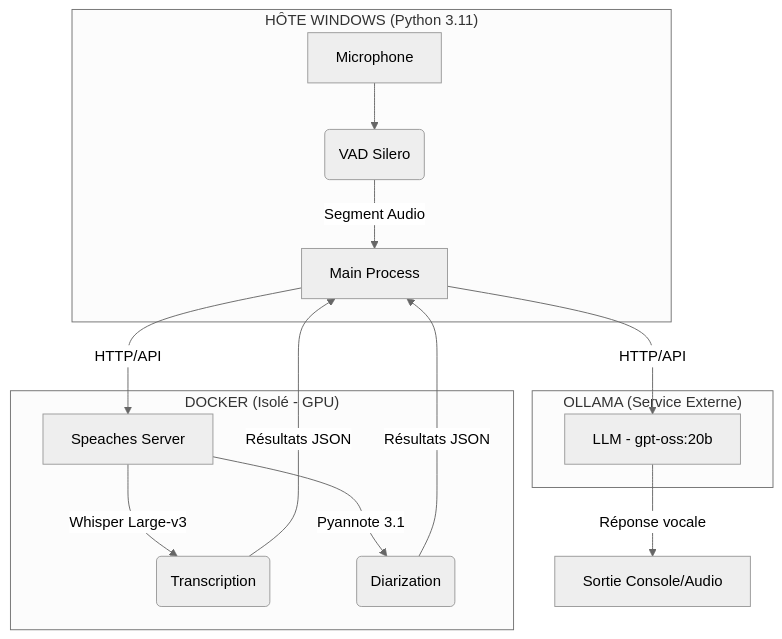
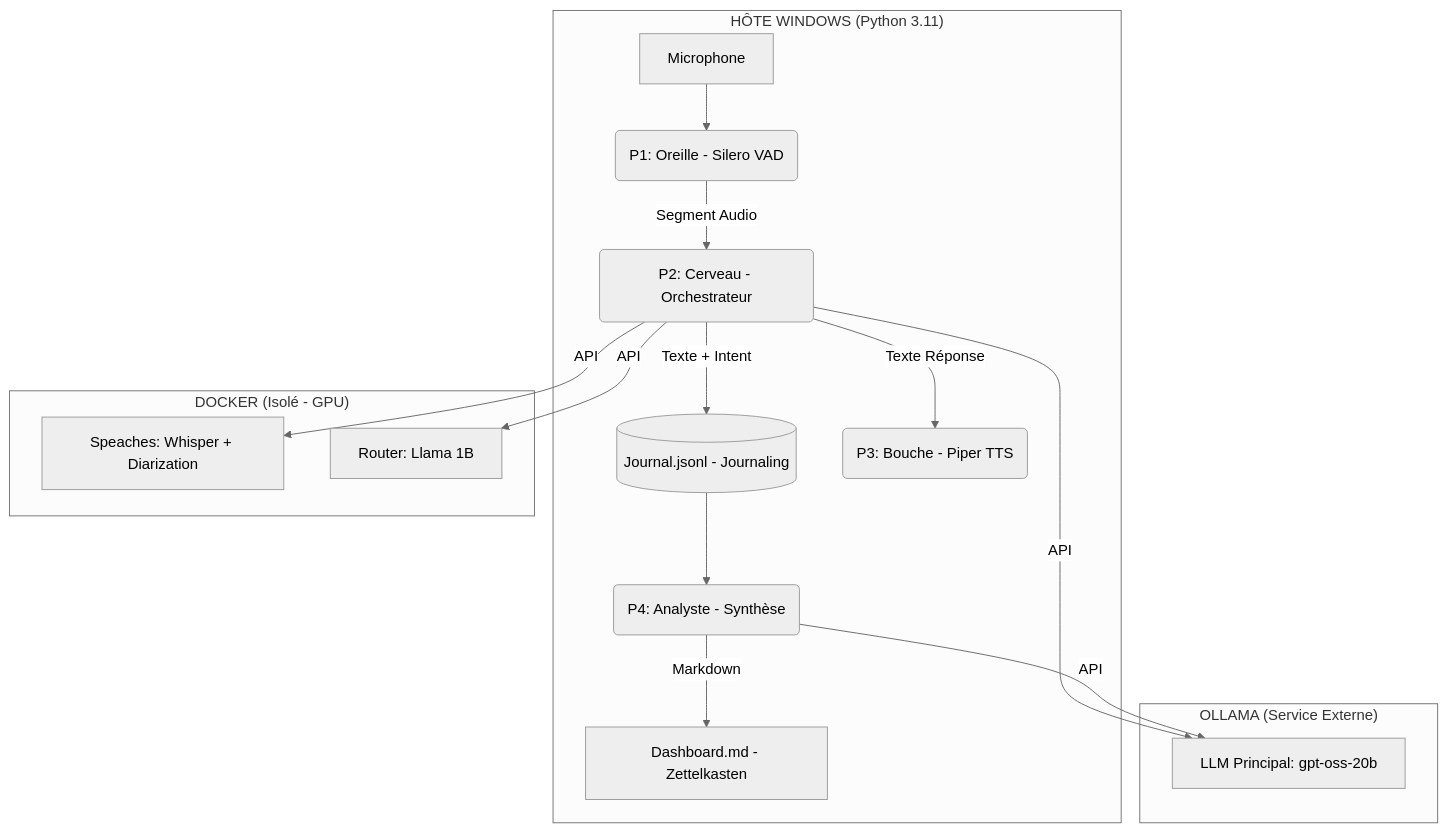
One commit to rbeldico-debug/Diarisation_synthese_LLM changed the diagram in README.md. Above: the diagram before and after it, drawn with Mermaid (neutral theme). The commit also changed other lines of this file and 17 other files, not shown here.

````diff
--- a/README.md
+++ b/README.md
@@ -8,20 +8,21 @@
 ```mermaid
 graph TD
     subgraph "HÔTE WINDOWS (Python 3.11)"
-        A[Microphone] --> B(VAD Silero)
-        B -->|Segment Audio| C[Main Process]
+        A[Microphone] --> B(P1: Oreille - Silero VAD)
+        B -->|Segment Audio| C(P2: Cerveau - Orchestrateur)
+        C -->|Texte + Intent| D[(Journal.jsonl - Journaling)]
+        D --> E(P4: Analyste - Synthèse)
+        E -->|Markdown| F[Dashboard.md - Zettelkasten]
+        C -->|Texte Réponse| G(P3: Bouche - Piper TTS)
     end
 
     subgraph "DOCKER (Isolé - GPU)"
-        C -->|HTTP/API| D[Speaches Server]
-        D -->|Whisper Large-v3| E(Transcription)
-        D -->|Pyannote 3.1| F(Diarization)
+        C -->|API| H[Speaches: Whisper + Diarization]
+        C -->|API| I[Router: Llama 1B]
     end
 
     subgraph "OLLAMA (Service Externe)"
-        C -->|HTTP/API| G[LLM - gpt-oss:20b]
+        C -->|API| J[LLM Principal: gpt-oss-20b]
+        E -->|API| J
     end
-
-    E & F -->|Résultats JSON| C
-    G -->|Réponse vocale| H[Sortie Console/Audio]
 ```
````
